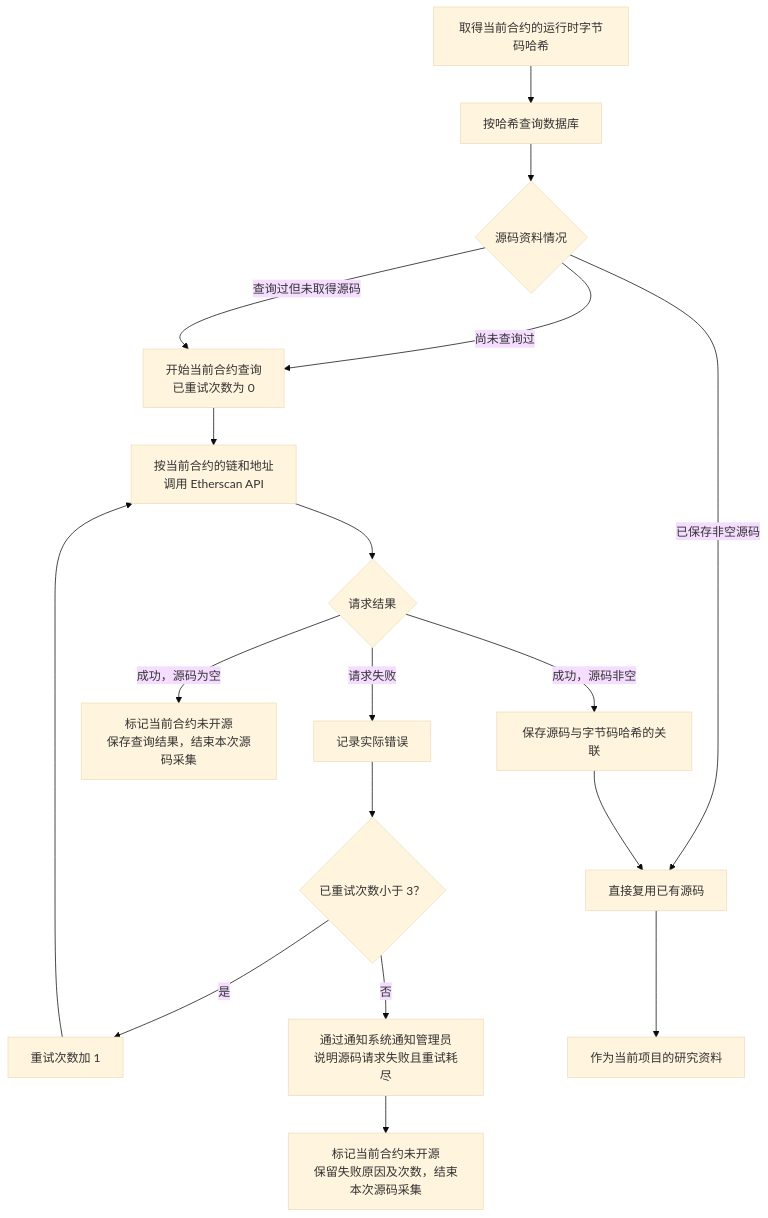
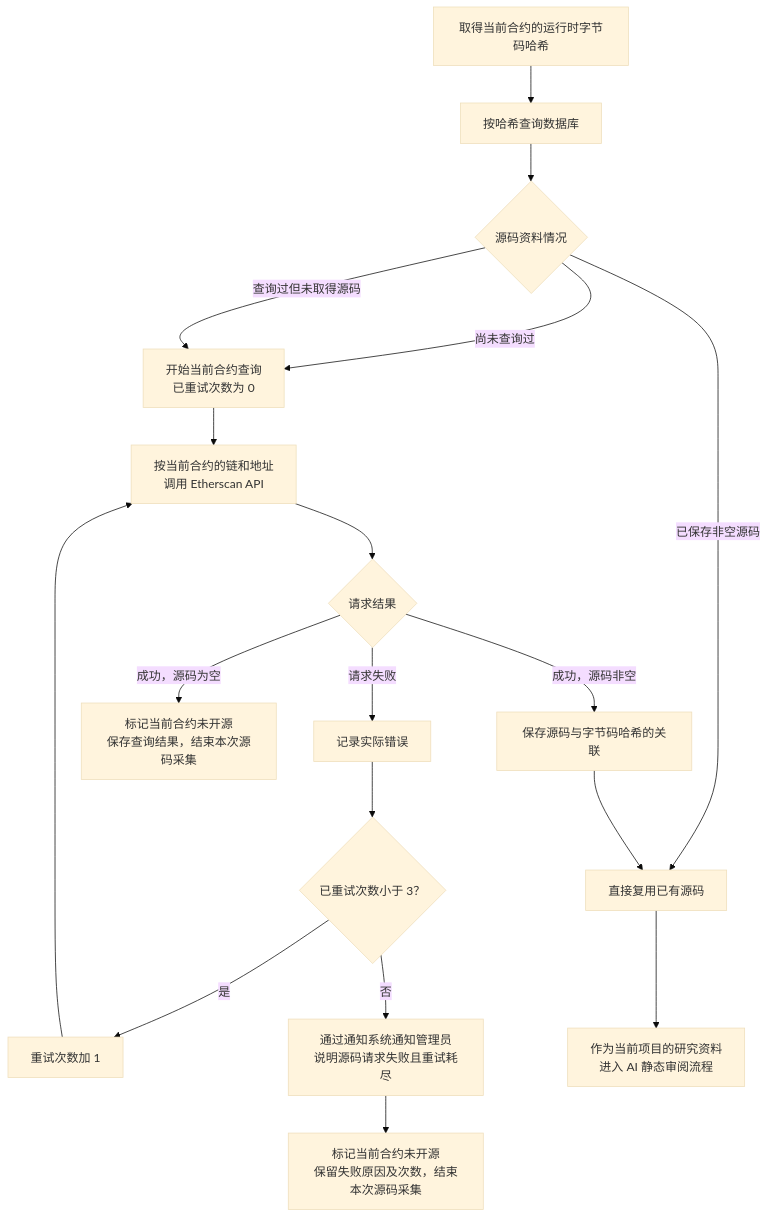
One commit to useryege/athena-o changed the diagram in docs/project/token-contract-source-flow.md. Above: the diagram before and after it, drawn with Mermaid (base theme). The commit also changed other lines of this file and 5 other files, not shown here.

````diff
--- a/docs/project/token-contract-source-flow.md
+++ b/docs/project/token-contract-source-flow.md
@@ -11,20 +11,20 @@
 ```mermaid
 flowchart TD
     A["取得当前合约的运行时字节码哈希"] --> B["按哈希查询数据库"]
     B --> C{"源码资料情况"}
     C -->|已保存非空源码| D["直接复用已有源码"]
     C -->|尚未查询过| R["开始当前合约查询<br/>已重试次数为 0"]
     C -->|查询过但未取得源码| R
     R --> E["按当前合约的链和地址<br/>调用 Etherscan API"]
     E --> G{"请求结果"}
     G -->|成功，源码非空| H["保存源码与字节码哈希的关联"]
     H --> D
     G -->|成功，源码为空| U["标记当前合约未开源<br/>保存查询结果，结束本次源码采集"]
     G -->|请求失败| I["记录实际错误"]
     I --> K{"已重试次数小于 3？"}
     K -->|是| L["重试次数加 1"]
     L --> E
     K -->|否| M["通过通知系统通知管理员<br/>说明源码请求失败且重试耗尽"]
     M --> V["标记当前合约未开源<br/>保留失败原因及次数，结束本次源码采集"]
-    D --> J["作为当前项目的研究资料"]
+    D --> J["作为当前项目的研究资料<br/>进入 AI 静态审阅流程"]
 ```
````
